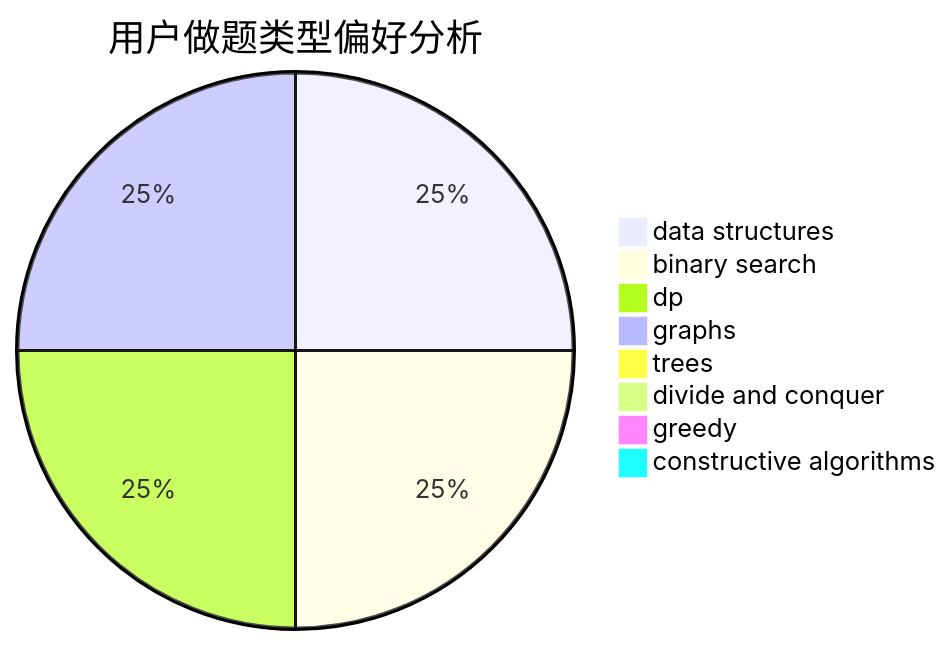
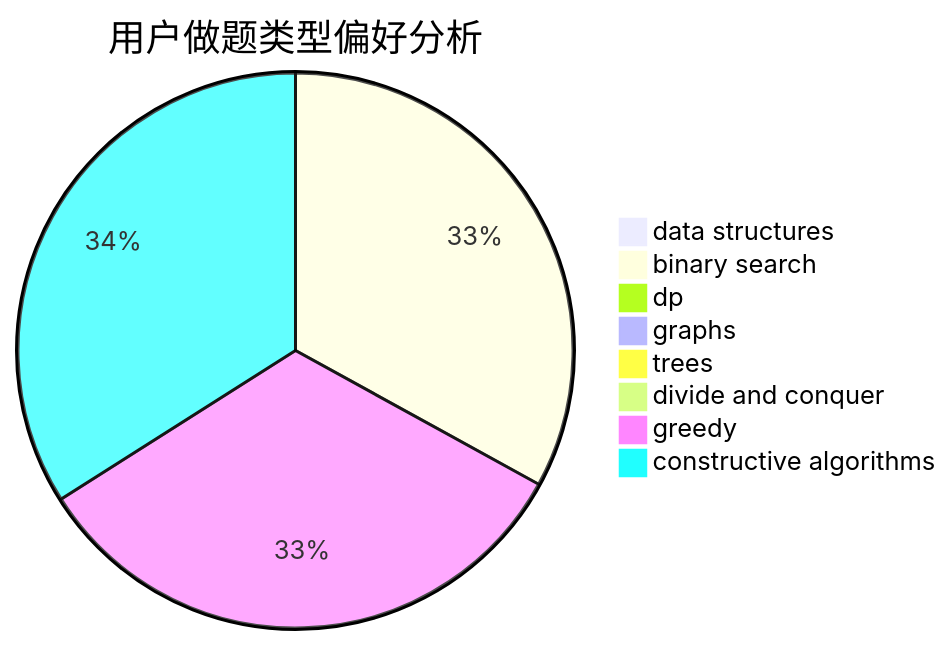
The second of 3 diagrams in docs/user/u328.md (sherpahu/cfrs.github.io), drawn with Mermaid before and after one commit. The commit also changed other lines of this file and 2770 other files, not shown here.

````diff
--- a/docs/user/u328.md
+++ b/docs/user/u328.md
@@ -23,11 +23,11 @@
 ```mermaid
 pie title 用户做题类型偏好分析
-    "data structures" :  14
-    "binary search" :  14
-    "dp" :  14
-    "graphs" :  14
+    "data structures" :  0
+    "binary search" :  100
+    "dp" :  1
+    "graphs" :  0
     "trees" :  0
     "divide and conquer" :  0
-    "greedy" :  0
-    "constructive algorithms" :  0
+    "greedy" :  100
+    "constructive algorithms" :  103
 ```
````
